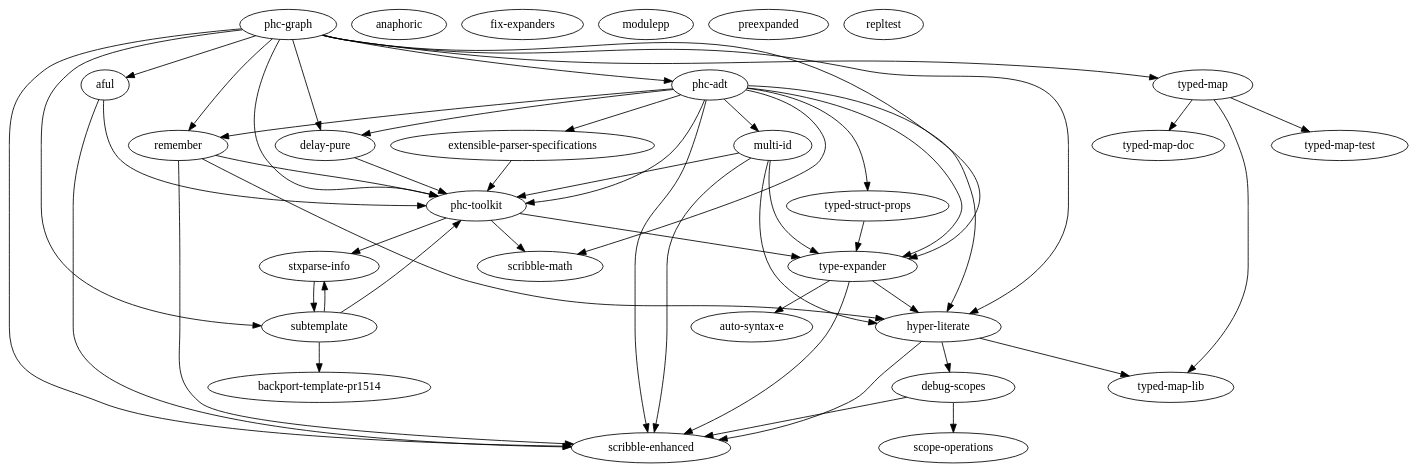
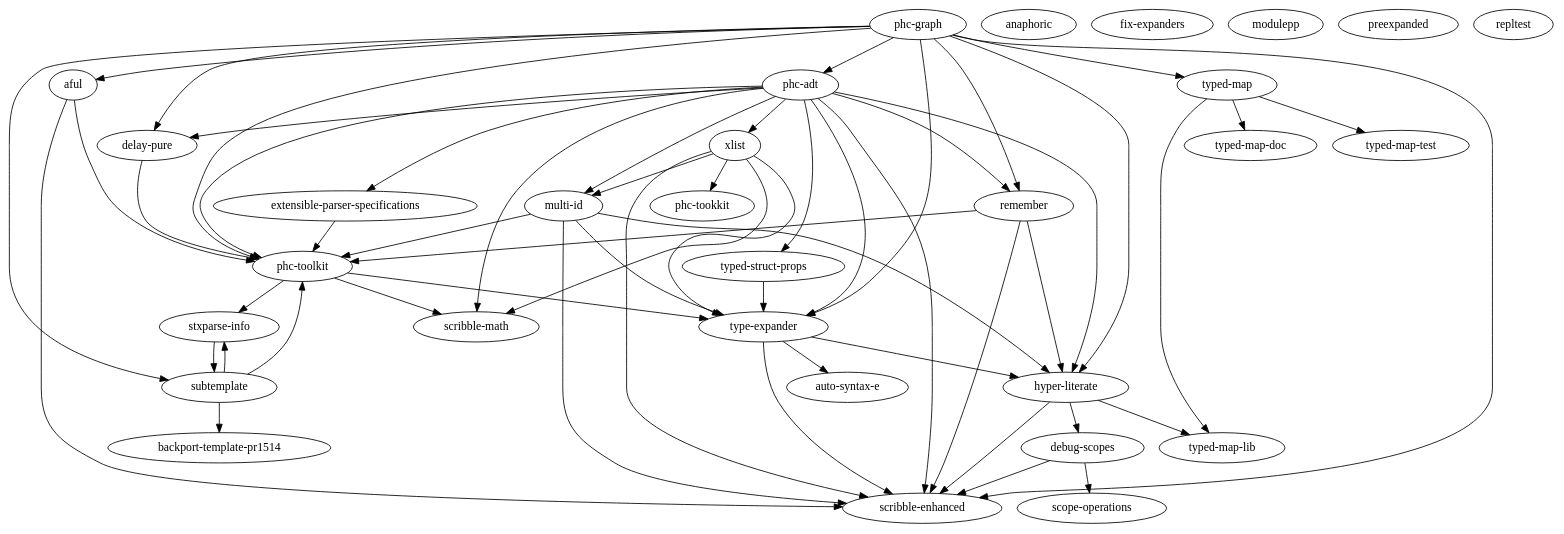
Before and after one commit to SuzanneSoy/my-racket-packages: the diagram in packages.dot, drawn with Graphviz. The commit also changed 1 other file, not shown here.

Commit message:
Fixed license file (stale header accidentally copied over from an other project); added xlist package.

```diff
--- a/packages.dot
+++ b/packages.dot
@@ -1,61 +1,67 @@
 digraph packages {
   "aful" -> "phc-toolkit"
   "aful" -> "scribble-enhanced"
   "anaphoric"
   "auto-syntax-e"
   "debug-scopes" -> "scribble-enhanced"
   "debug-scopes" -> "scope-operations"
   "delay-pure" -> "phc-toolkit"
   "extensible-parser-specifications" -> "phc-toolkit"
   "fix-expanders"
   "hyper-literate" -> "debug-scopes"
   "hyper-literate" -> "scribble-enhanced"
   "hyper-literate" -> "typed-map-lib"
   "modulepp"
   "multi-id" -> "hyper-literate"
   "multi-id" -> "phc-toolkit"
   "multi-id" -> "scribble-enhanced"
   "multi-id" -> "type-expander"
   "phc-adt" -> "delay-pure"
   "phc-adt" -> "extensible-parser-specifications"
   "phc-adt" -> "hyper-literate"
   "phc-adt" -> "multi-id"
   "phc-adt" -> "phc-toolkit"
   "phc-adt" -> "remember"
   "phc-adt" -> "scribble-enhanced"
   "phc-adt" -> "scribble-math"
   "phc-adt" -> "typed-struct-props"
   "phc-adt" -> "type-expander"
+  "phc-adt" -> "xlist"
   "phc-graph" -> "aful"
   "phc-graph" -> "delay-pure"
   "phc-graph" -> "hyper-literate"
   "phc-graph" -> "phc-adt"
   "phc-graph" -> "phc-toolkit"
   "phc-graph" -> "remember"
   "phc-graph" -> "scribble-enhanced"
   "phc-graph" -> "subtemplate"
   "phc-graph" -> "typed-map"
   "phc-graph" -> "type-expander"
   "phc-toolkit" -> "scribble-math"
   "phc-toolkit" -> "type-expander"
   "phc-toolkit" -> "stxparse-info"
   "preexpanded"
   "remember" -> "hyper-literate"
   "remember" -> "phc-toolkit"
   "remember" -> "scribble-enhanced"
   "repltest"
   "scope-operations"
   "scribble-enhanced"
   "scribble-math"
   "stxparse-info" -> "subtemplate"
   "subtemplate" -> "backport-template-pr1514"
   "subtemplate" -> "phc-toolkit"
   "subtemplate" -> "stxparse-info"
   "typed-map" -> "typed-map-doc"
   "typed-map" -> "typed-map-lib"
   "typed-map" -> "typed-map-test"
   "typed-struct-props" -> "type-expander"
   "type-expander" -> "auto-syntax-e"
   "type-expander" -> "hyper-literate"
   "type-expander" -> "scribble-enhanced"
+  "xlist" -> "scribble-enhanced"
+  "xlist" -> "multi-id"
+  "xlist" -> "type-expander"
+  "xlist" -> "phc-tookkit"
+  "xlist" -> "scribble-math"
 }
```
